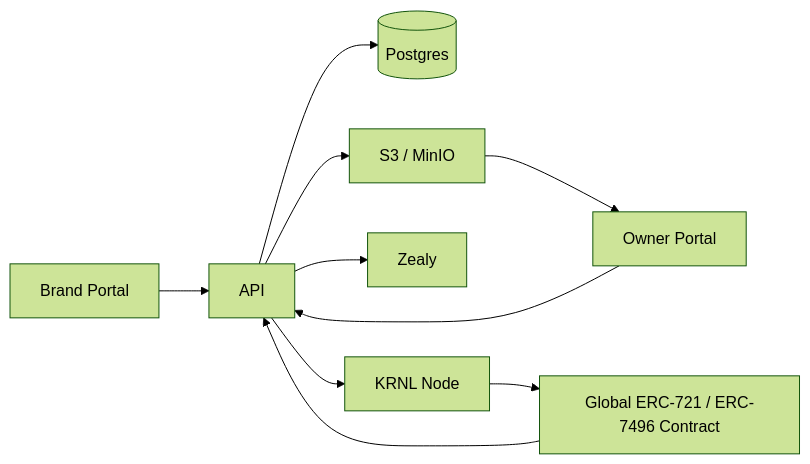
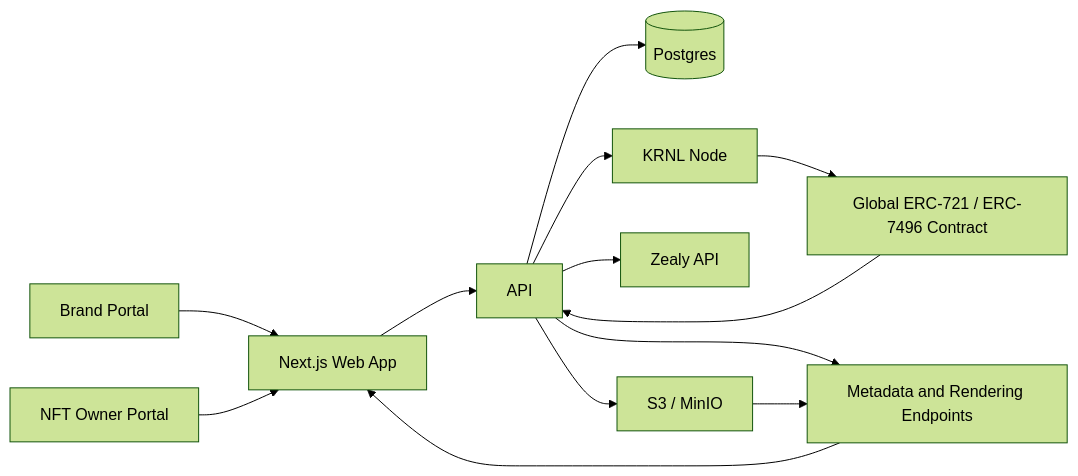
One commit to KRNL-Labs/dynamic-nft-krnl changed the diagram in README.md. Above: the diagram before and after it, drawn with Mermaid (forest theme). The commit also changed other lines of this file, not shown here.

````diff
--- a/README.md
+++ b/README.md
@@ -7,12 +23,17 @@
 ```mermaid
 flowchart LR
-  Brand[Brand Portal] --> API[API]
-  Owner[Owner Portal] --> API
-  API --> DB[(Postgres)]
-  API --> S3[S3 / MinIO]
-  API --> Zealy[Zealy]
+  BrandPortal[Brand Portal] --> Web[Next.js Web App]
+  OwnerPortal[NFT Owner Portal] --> Web
+  Web --> API[API]
+
+  API --> Postgres[(Postgres)]
+  API --> Storage[S3 / MinIO]
+  API --> Zealy[Zealy API]
   API --> KRNL[KRNL Node]
+  API --> Metadata[Metadata and Rendering Endpoints]
+
   KRNL --> Contract[Global ERC-721 / ERC-7496 Contract]
   Contract --> API
-  S3 --> Owner
+  Storage --> Metadata
+  Metadata --> Web
 ```
````
